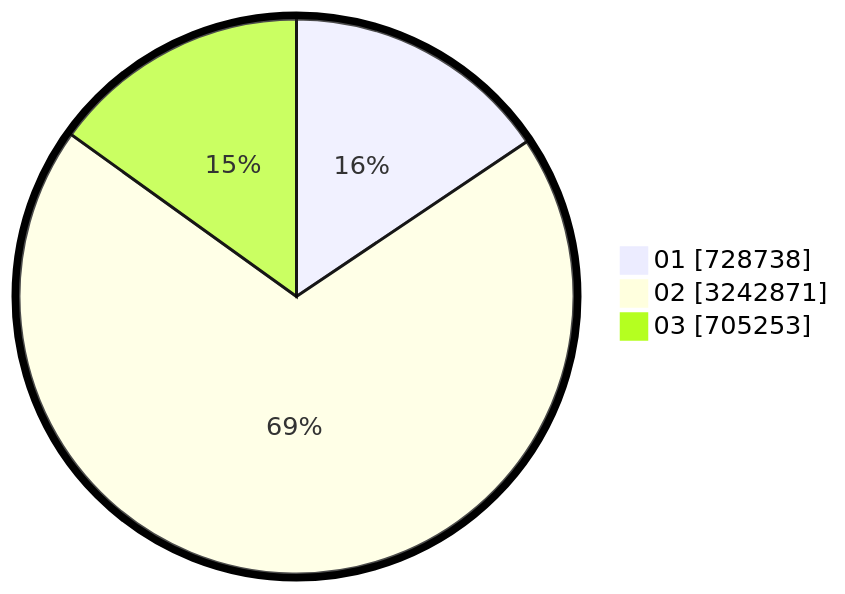
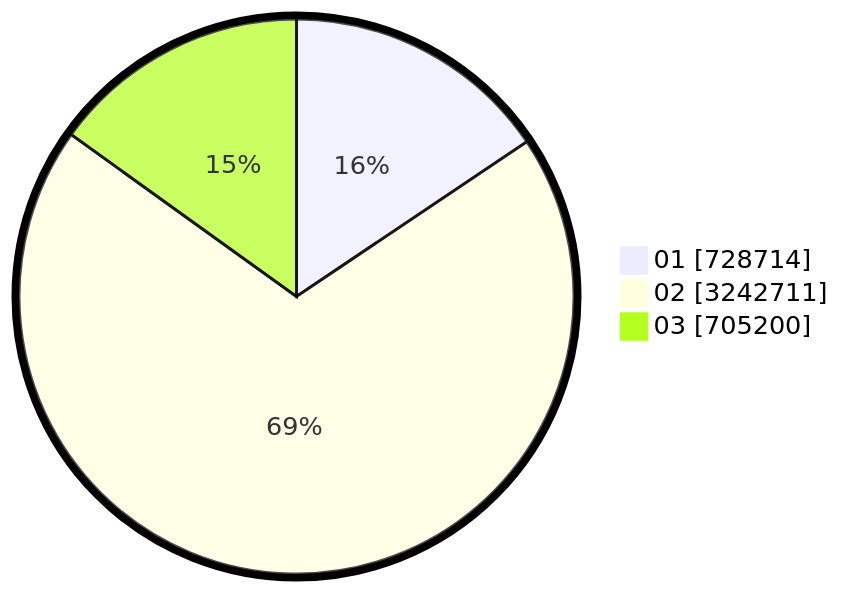
One commit to gigit-pemilu/pemilu-2024 changed the second of 2 diagrams in pilpres/hitung-suara/sub/table-wilayah-18.md. Above: the diagram before and after it, drawn with Mermaid. The commit also changed other lines of this file and 6 other files, not shown here.

````diff
--- a/pilpres/hitung-suara/sub/table-wilayah-18.md
+++ b/pilpres/hitung-suara/sub/table-wilayah-18.md
@@ -15,7 +15,7 @@
 ```mermaid
 %%{init: {"pie": {"textPosition": 0.5}, "themeVariables": {"pieOuterStrokeWidth": "5px"}} }%%
 pie showData
-    "01" : 728738
-    "02" : 3242871
-    "03" : 705253
+    "01" : 728714
+    "02" : 3242711
+    "03" : 705200
 ```
````
